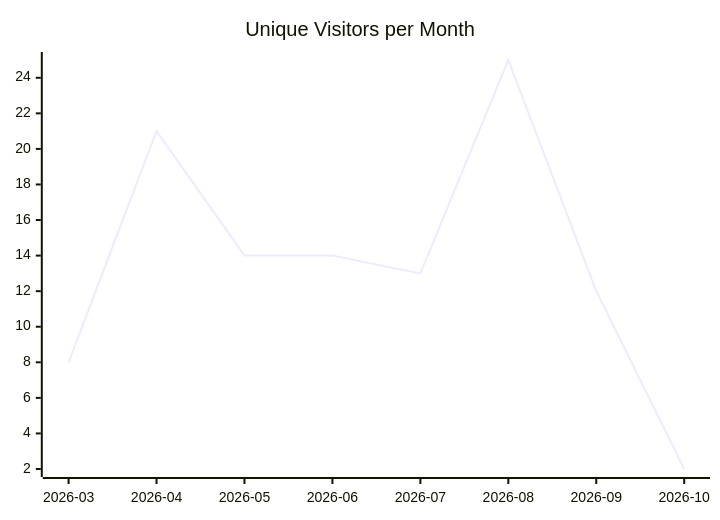
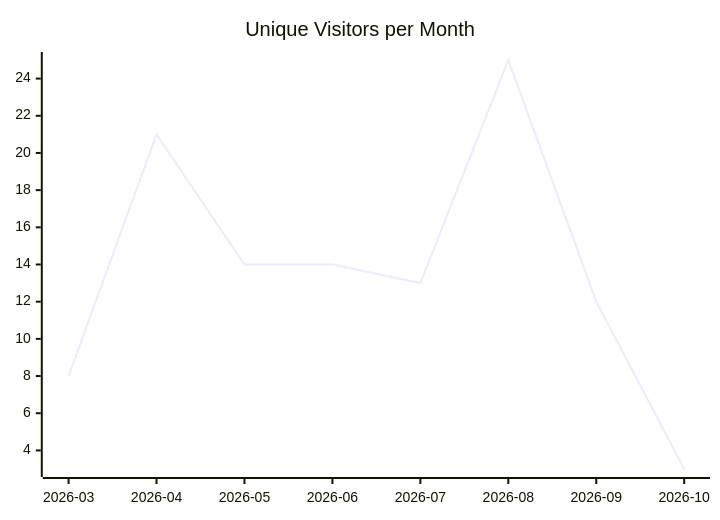
Before and after one commit to justdavis-family/github-analytics-data: the first of 3 diagrams in karlmdavis/ksoap2-android/README.md, drawn with Mermaid. The commit also changed other lines of this file and 203 other files, not shown here.

````diff
--- a/karlmdavis/ksoap2-android/README.md
+++ b/karlmdavis/ksoap2-android/README.md
@@ -5,6 +5,6 @@
 ```mermaid
 xychart-beta
   title "Unique Visitors per Month"
   x-axis ["2026-03", "2026-04", "2026-05", "2026-06", "2026-07", "2026-08", "2026-09", "2026-10"]
-  line [8, 21, 14, 14, 13, 25, 12, 2]
+  line [8, 21, 14, 14, 13, 25, 12, 3]
 ```
````
